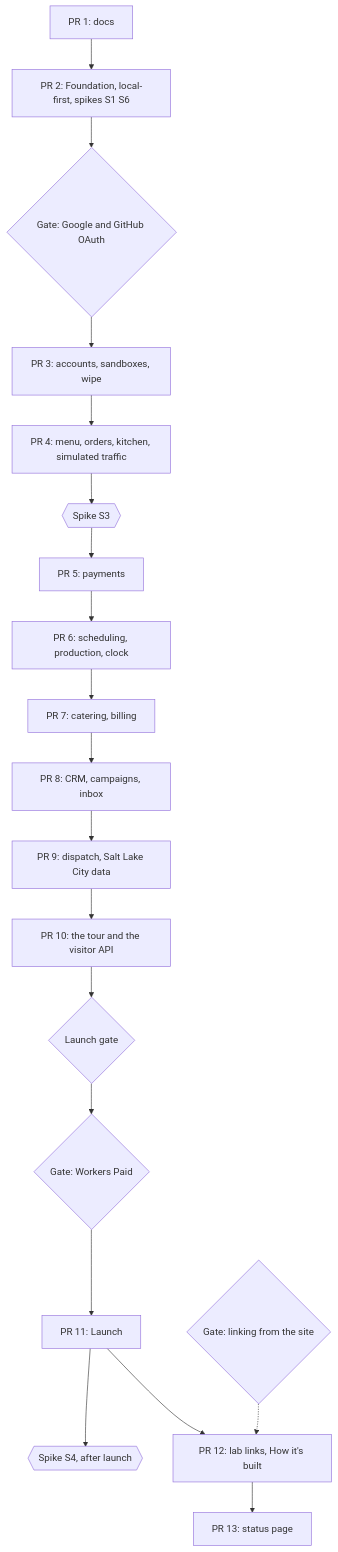
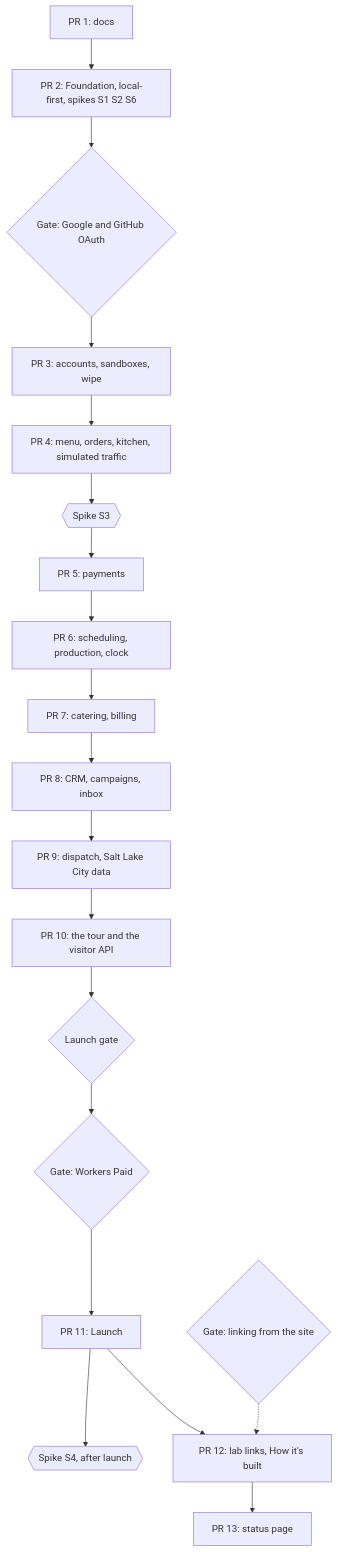
One commit to IHaveASegway/bakery changed the diagram in docs/roadmap.md. Above: the diagram before and after it, drawn with Mermaid. The commit also changed other lines of this file, not shown here.

````diff
--- a/docs/roadmap.md
+++ b/docs/roadmap.md
@@ -68,12 +68,12 @@
 ```mermaid
 flowchart TB
-  P1["PR 1: docs"] --> P2["PR 2: Foundation, local-first, spikes S1 S6"]
+  P1["PR 1: docs"] --> P2["PR 2: Foundation, local-first, spikes S1 S2 S6"]
   P2 --> OG{"Gate: Google and GitHub OAuth"} --> P3["PR 3: accounts, sandboxes, wipe"] --> P4["PR 4: menu, orders, kitchen, simulated traffic"]
   P4 --> S3{{"Spike S3"}} --> P5["PR 5: payments"]
   P5 --> P6["PR 6: scheduling, production, clock"] --> P7["PR 7: catering, billing"] --> P8["PR 8: CRM, campaigns, inbox"] --> P9["PR 9: dispatch, Salt Lake City data"]
   P9 --> P10["PR 10: the tour and the visitor API"]
   P10 --> LG{"Launch gate"} --> WP{"Gate: Workers Paid"} --> P11["PR 11: Launch"]
   P11 --> S4{{"Spike S4, after launch"}}
   LG2{"Gate: linking from the site"} -.-> P12
   P11 --> P12["PR 12: lab links, How it's built"] --> P13["PR 13: status page"]
 ```
````
